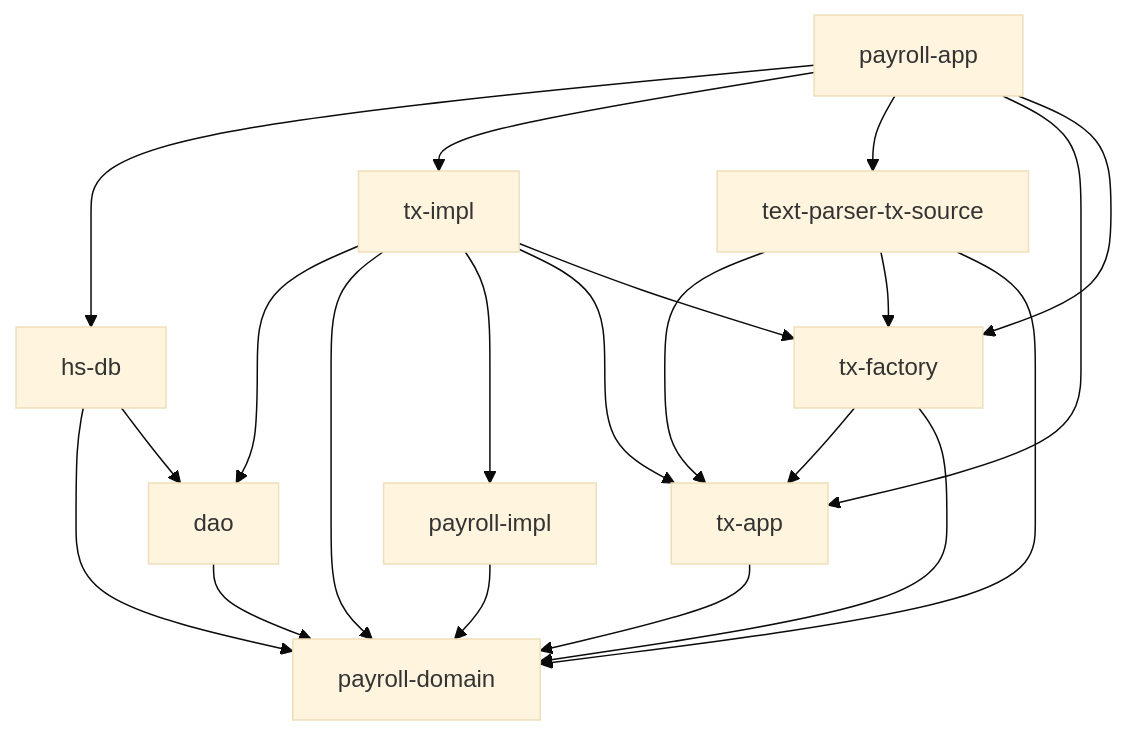
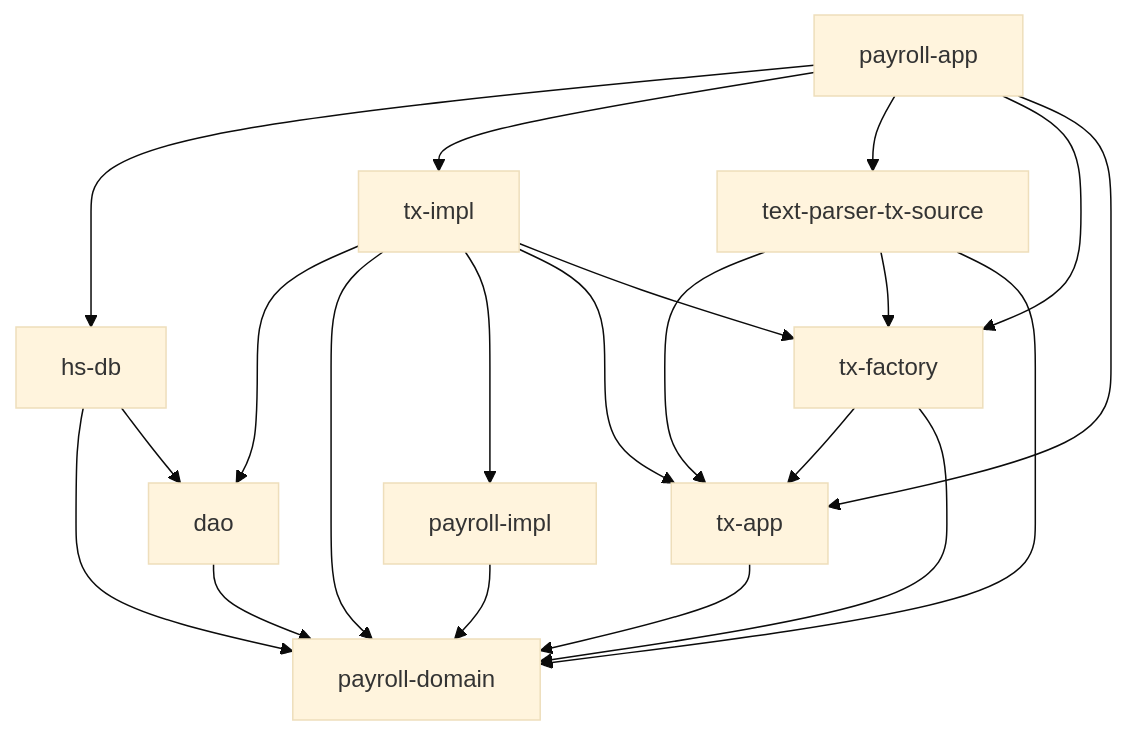
Before and after one commit to cutsea110/payroll: the diagram in README.md, drawn with Mermaid (base theme). The commit also changed other lines of this file, not shown here.

Commit message:
touch a bit for architecture diagram

````diff
--- a/README.md
+++ b/README.md
@@ -3,31 +3,31 @@
 ```mermaid
 graph TD
 
   payroll-impl --> payroll-domain
 
   dao --> payroll-domain
   
   tx-impl --> dao
   tx-impl --> payroll-domain
   tx-impl --> payroll-impl
   tx-impl --> tx-app
   tx-impl --> tx-factory
   
   tx-app --> payroll-domain
 
   tx-factory --> tx-app
   tx-factory --> payroll-domain
   
   text-parser-tx-source --> tx-app
   text-parser-tx-source --> tx-factory
   text-parser-tx-source --> payroll-domain
   
   hs-db --> payroll-domain
   hs-db --> dao
   
   payroll-app --> hs-db
   payroll-app --> tx-impl
   payroll-app --> text-parser-tx-source
+  payroll-app --> tx-factory
   payroll-app --> tx-app
-  payroll-app --> tx-factory
 ```
````
